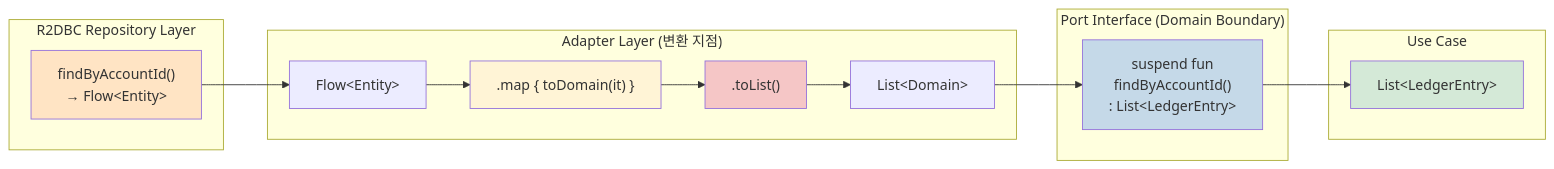
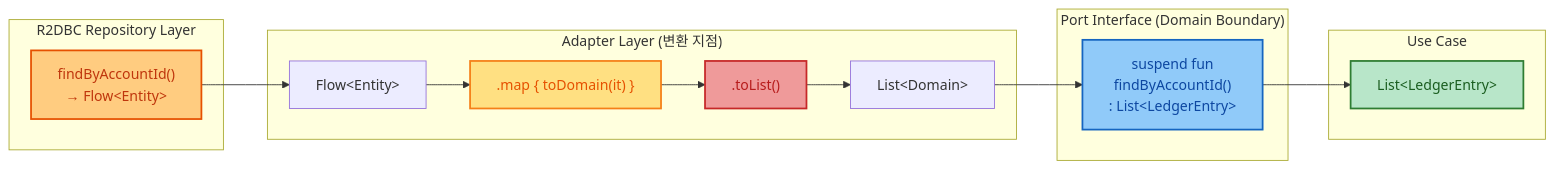
One commit to seokrae-labs/account-ledger-service changed the third of 4 diagrams in docs/SUSPEND_BEST_PRACTICES.md. Above: the diagram before and after it, drawn with Mermaid. The commit also changed other lines of this file, not shown here.

First line of the commit message:
docs: Improve text contrast in diagrams (#20)

````diff
--- a/docs/SUSPEND_BEST_PRACTICES.md
+++ b/docs/SUSPEND_BEST_PRACTICES.md
@@ -164,34 +164,34 @@
 ```mermaid
 graph LR
     subgraph "R2DBC Repository Layer"
         R1["findByAccountId()<br/>→ Flow&lt;Entity&gt;"]
     end
 
     subgraph "Adapter Layer (변환 지점)"
         A1["Flow&lt;Entity&gt;"]
         A2[".map { toDomain(it) }"]
         A3[".toList()"]
         A4["List&lt;Domain&gt;"]
     end
 
     subgraph "Port Interface (Domain Boundary)"
         P1["suspend fun<br/>findByAccountId()<br/>: List&lt;LedgerEntry&gt;"]
     end
 
     subgraph "Use Case"
         U1["List&lt;LedgerEntry&gt;"]
     end
 
     R1 --> A1
     A1 --> A2
     A2 --> A3
     A3 --> A4
     A4 --> P1
     P1 --> U1
 
-    style R1 fill:#FFE4C4
-    style A2 fill:#FFF4D6
-    style A3 fill:#F5C6C6
-    style P1 fill:#C5D9E8
-    style U1 fill:#D4E9D7
+    style R1 fill:#FFCC80,stroke:#E65100,stroke-width:2px,color:#BF360C
+    style A2 fill:#FFE082,stroke:#F57F17,stroke-width:2px,color:#E65100
+    style A3 fill:#EF9A9A,stroke:#C62828,stroke-width:2px,color:#B71C1C
+    style P1 fill:#90CAF9,stroke:#1565C0,stroke-width:2px,color:#0D47A1
+    style U1 fill:#B8E6C9,stroke:#2E7D32,stroke-width:2px,color:#1B5E20
 ```
````
